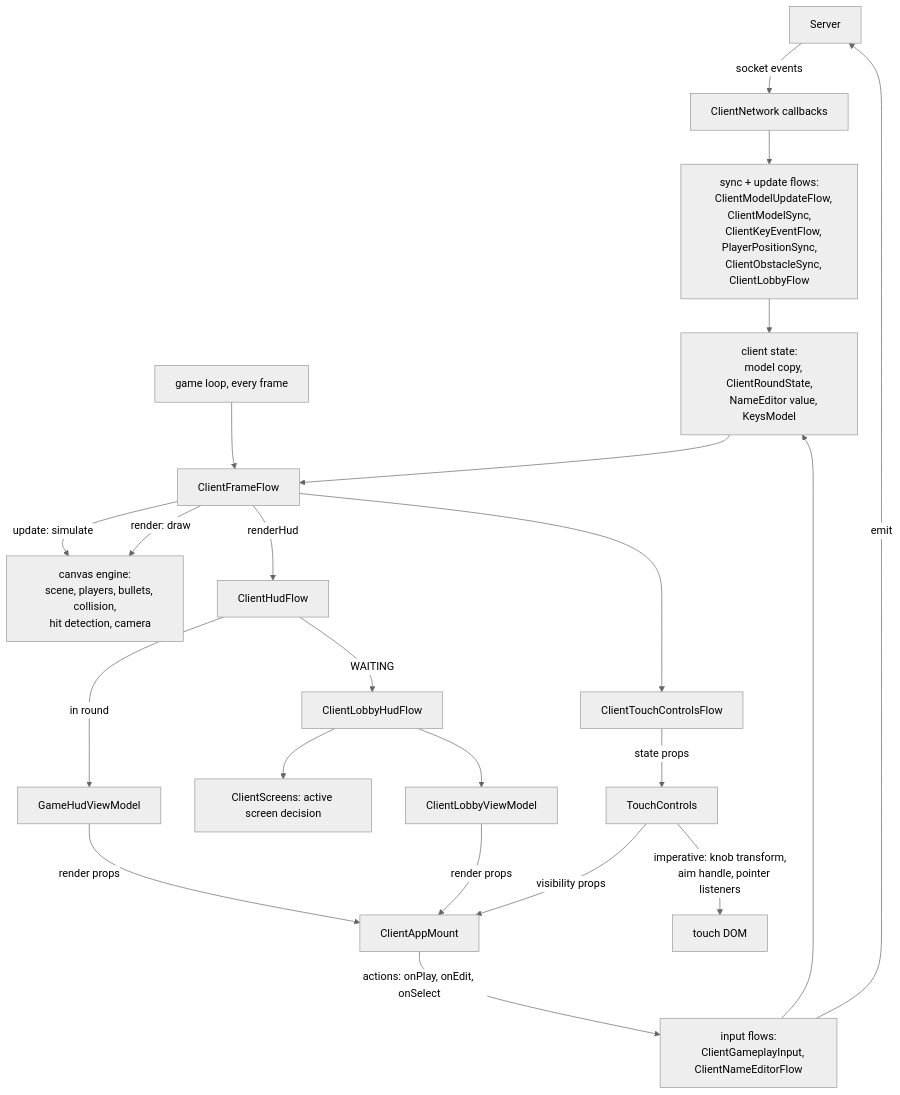
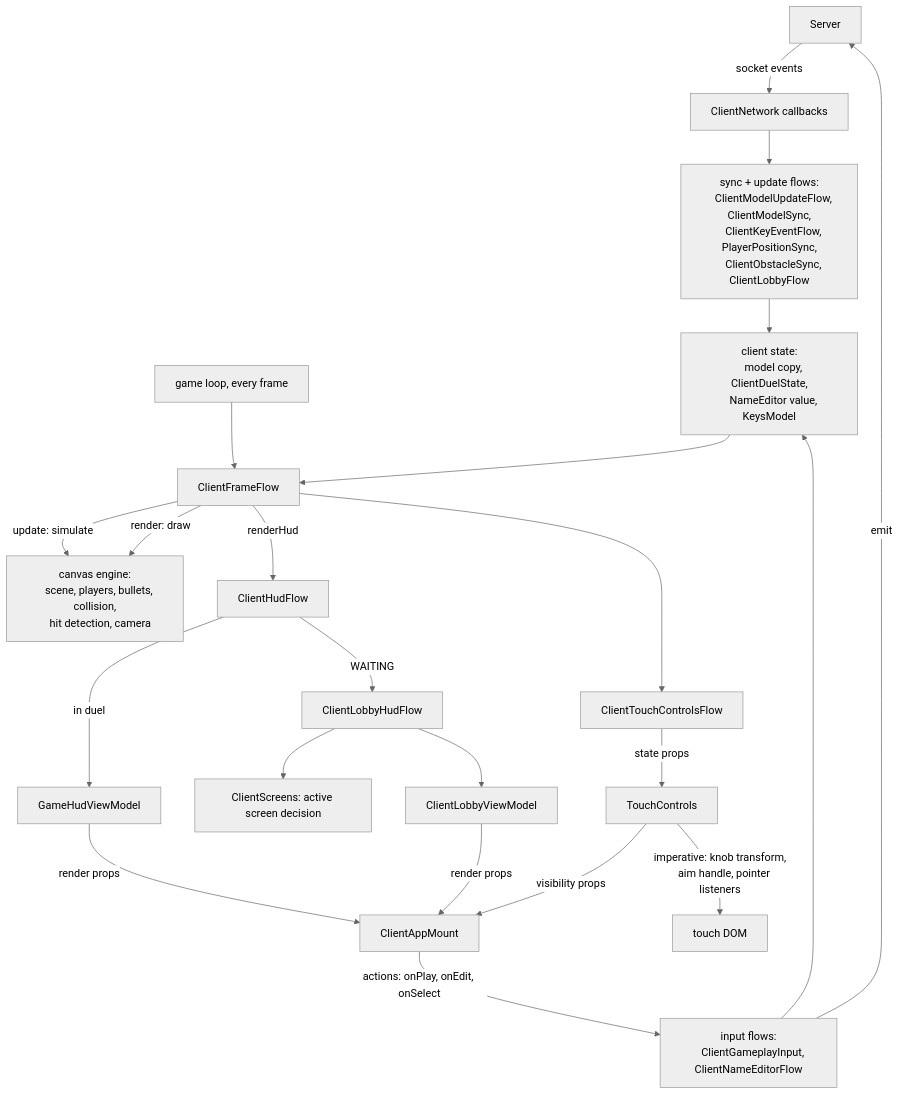
The second of 2 diagrams in documentation/Architecture-flow.md (mkjems/gunfight), drawn with Mermaid (neutral theme) before and after one commit. The commit also changed other lines of this file and 84 other files, not shown here.

Commit message:
P24 - Rename duel/round terminology

````diff
--- a/documentation/Architecture-flow.md
+++ b/documentation/Architecture-flow.md
@@ -122,35 +122,35 @@
 ```mermaid
 flowchart TD
     SERVER[Server] -->|socket events| NET[ClientNetwork callbacks]
     NET --> SYNCFLOWS["sync + update flows:
     ClientModelUpdateFlow, ClientModelSync,
     ClientKeyEventFlow, PlayerPositionSync,
     ClientObstacleSync, ClientLobbyFlow"]
     SYNCFLOWS --> STATE["client state:
-    model copy, ClientRoundState,
+    model copy, ClientDuelState,
     NameEditor value, KeysModel"]
 
     LOOP[game loop, every frame] --> FRAME[ClientFrameFlow]
     FRAME -->|update: simulate| ENGINE["canvas engine:
     scene, players, bullets, collision,
     hit detection, camera"]
     FRAME -->|render: draw| ENGINE
     FRAME -->|renderHud| HUDFLOW[ClientHudFlow]
     HUDFLOW -->|WAITING| LOBBYFLOW[ClientLobbyHudFlow]
-    HUDFLOW -->|in round| HUDVM[GameHudViewModel]
+    HUDFLOW -->|in duel| HUDVM[GameHudViewModel]
     LOBBYFLOW --> SCREENSEL[ClientScreens: active screen decision]
     LOBBYFLOW --> LOBBYVM[ClientLobbyViewModel]
     HUDVM -->|render props| APP[ClientAppMount]
     LOBBYVM -->|render props| APP
     FRAME --> TOUCHFLOW[ClientTouchControlsFlow]
     TOUCHFLOW -->|state props| TOUCH[TouchControls]
     TOUCH -->|visibility props| APP
     TOUCH -->|"imperative: knob transform,
     aim handle, pointer listeners"| DOM[touch DOM]
 
     APP -->|"actions: onPlay, onEdit, onSelect"| INPUTFLOWS["input flows:
     ClientGameplayInput, ClientNameEditorFlow"]
     INPUTFLOWS --> STATE
     INPUTFLOWS -->|emit| SERVER
     STATE --> FRAME
 ```
````
